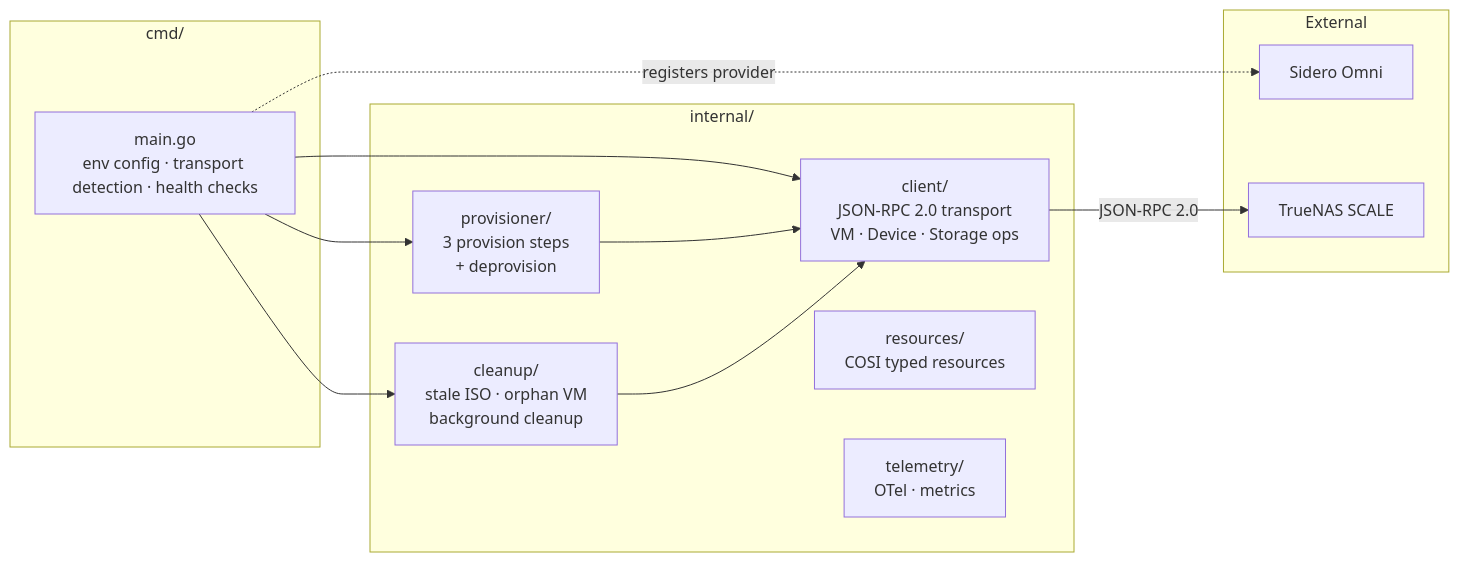
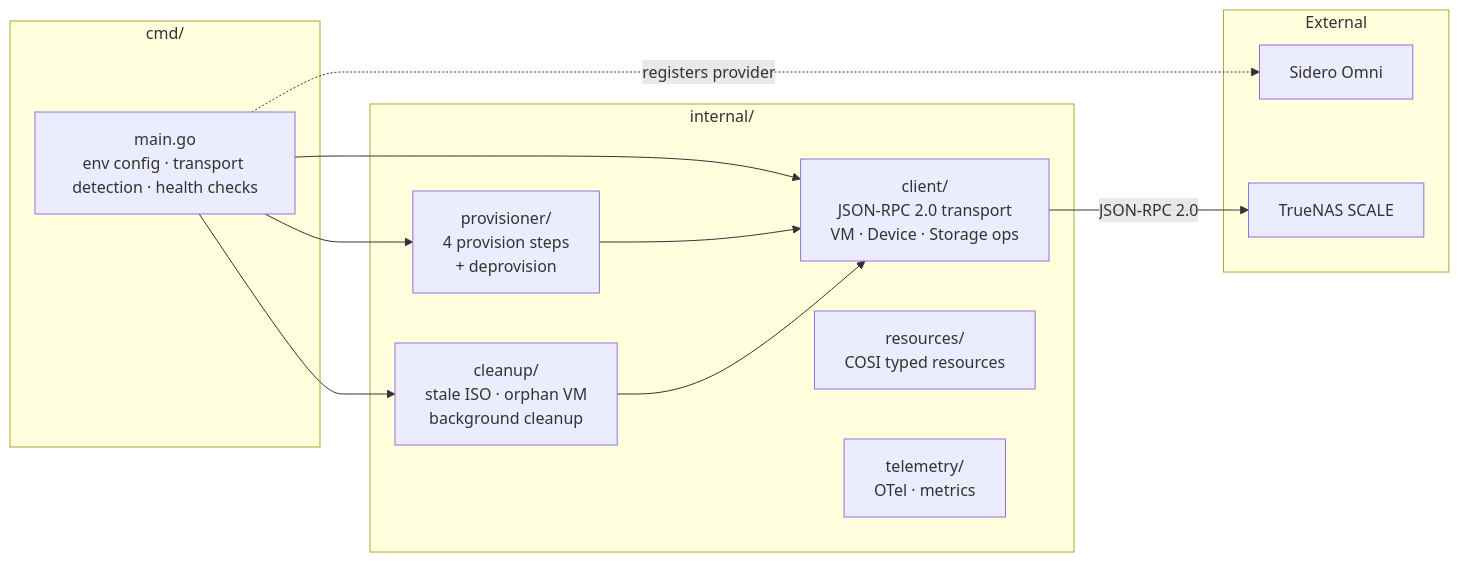
One commit to bearbinary/omni-infra-provider-truenas changed the second of 7 diagrams in docs/architecture.md. Above: the diagram before and after it, drawn with Mermaid. The commit also changed other lines of this file and 41 other files, not shown here.

````diff
--- a/docs/architecture.md
+++ b/docs/architecture.md
@@ -26,27 +26,27 @@
 ```mermaid
 flowchart LR
     subgraph Entry["cmd/"]
         Main[main.go<br/>env config · transport detection · health checks]
     end
 
     subgraph Core["internal/"]
         Client[client/<br/>JSON-RPC 2.0 transport<br/>VM · Device · Storage ops]
-        Provisioner[provisioner/<br/>3 provision steps<br/>+ deprovision]
+        Provisioner[provisioner/<br/>4 provision steps<br/>+ deprovision]
         Cleanup[cleanup/<br/>stale ISO · orphan VM<br/>background cleanup]
         Resources[resources/<br/>COSI typed resources]
         Telemetry[telemetry/<br/>OTel · metrics]
     end
 
     subgraph External
         Omni[Sidero Omni]
         TrueNAS[TrueNAS SCALE]
     end
 
     Main --> Client
     Main --> Provisioner
     Main --> Cleanup
     Provisioner --> Client
     Cleanup --> Client
     Main -.->|registers provider| Omni
     Client -->|JSON-RPC 2.0| TrueNAS
 ```
````
